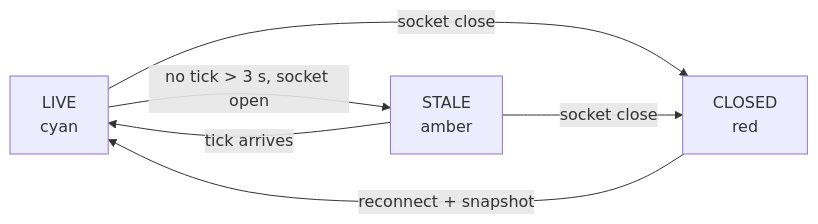
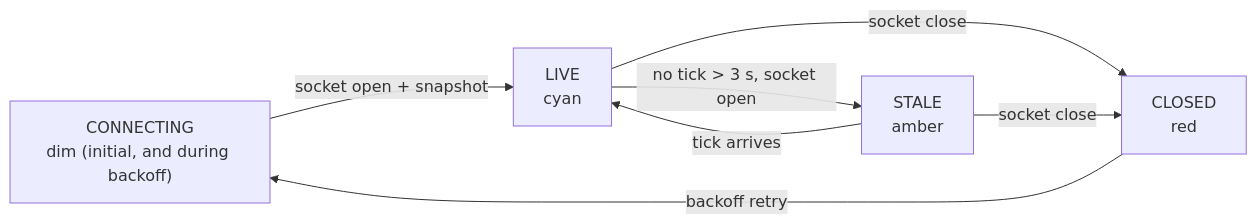
One commit to ayfor/sentinel changed the diagram in docs/stories/S8-sync.md. Above: the diagram before and after it, drawn with Mermaid. The commit also changed 4 other files, not shown here.

````diff
--- a/docs/stories/S8-sync.md
+++ b/docs/stories/S8-sync.md
@@ -33,8 +33,9 @@
 ```mermaid
 flowchart LR
-    L["LIVE<br/>cyan"] -->|"no tick &gt; 3 s, socket open"| S["STALE<br/>amber"]
+    K["CONNECTING<br/>dim (initial, and during backoff)"] -->|"socket open + snapshot"| L["LIVE<br/>cyan"]
+    L -->|"no tick &gt; 3 s, socket open"| S["STALE<br/>amber"]
     S -->|"tick arrives"| L
     L -->|"socket close"| C["CLOSED<br/>red"]
     S -->|"socket close"| C
-    C -->|"reconnect + snapshot"| L
+    C -->|"backoff retry"| K
 ```
````
